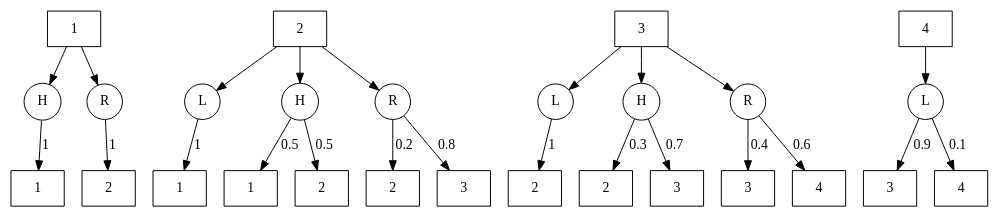
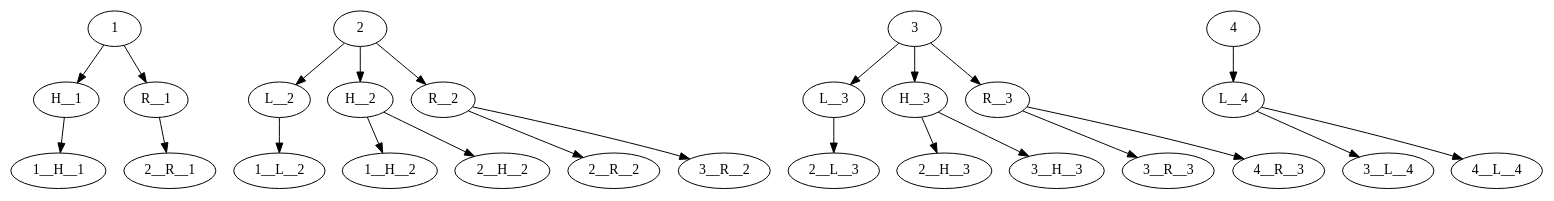
One commit to gladstoneai/POWERplay changed the diagram in mdps/stochastic_graph_4_states.gv. Above: the diagram before and after it, drawn with Graphviz. The commit also changed 13 other files, not shown here.

First line of the commit message:
Build pipeline from stochastic graph to transition tensor (#47)

```diff
--- a/mdps/stochastic_graph_4_states.gv
+++ b/mdps/stochastic_graph_4_states.gv
@@ -1,52 +1,52 @@
 strict digraph  {
-1 [label=1, shape=box];
-H__1 [label=H, shape=circle];
-"1__H__1" [label=1, shape=box];
-R__1 [label=R, shape=circle];
-"2__R__1" [label=2, shape=box];
-2 [label=2, shape=box];
-L__2 [label=L, shape=circle];
-"1__L__2" [label=1, shape=box];
-H__2 [label=H, shape=circle];
-"1__H__2" [label=1, shape=box];
-"2__H__2" [label=2, shape=box];
-R__2 [label=R, shape=circle];
-"2__R__2" [label=2, shape=box];
-"3__R__2" [label=3, shape=box];
-3 [label=3, shape=box];
-L__3 [label=L, shape=circle];
-"2__L__3" [label=2, shape=box];
-H__3 [label=H, shape=circle];
-"2__H__3" [label=2, shape=box];
-"3__H__3" [label=3, shape=box];
-R__3 [label=R, shape=circle];
-"3__R__3" [label=3, shape=box];
-"4__R__3" [label=4, shape=box];
-4 [label=4, shape=box];
-L__4 [label=L, shape=circle];
-"3__L__4" [label=3, shape=box];
-"4__L__4" [label=4, shape=box];
+1;
+H__1;
+"1__H__1";
+R__1;
+"2__R__1";
+2;
+L__2;
+"1__L__2";
+H__2;
+"1__H__2";
+"2__H__2";
+R__2;
+"2__R__2";
+"3__R__2";
+3;
+L__3;
+"2__L__3";
+H__3;
+"2__H__3";
+"3__H__3";
+R__3;
+"3__R__3";
+"4__R__3";
+4;
+L__4;
+"3__L__4";
+"4__L__4";
 1 -> H__1;
 1 -> R__1;
-H__1 -> "1__H__1"  [label=1];
-R__1 -> "2__R__1"  [label=1];
+H__1 -> "1__H__1"  [weight=1];
+R__1 -> "2__R__1"  [weight=1];
 2 -> L__2;
 2 -> H__2;
 2 -> R__2;
-L__2 -> "1__L__2"  [label=1];
-H__2 -> "1__H__2"  [label="0.5"];
-H__2 -> "2__H__2"  [label="0.5"];
-R__2 -> "2__R__2"  [label="0.2"];
-R__2 -> "3__R__2"  [label="0.8"];
+L__2 -> "1__L__2"  [weight=1];
+H__2 -> "1__H__2"  [weight="0.5"];
+H__2 -> "2__H__2"  [weight="0.5"];
+R__2 -> "2__R__2"  [weight="0.2"];
+R__2 -> "3__R__2"  [weight="0.8"];
 3 -> L__3;
 3 -> H__3;
 3 -> R__3;
-L__3 -> "2__L__3"  [label=1];
-H__3 -> "2__H__3"  [label="0.3"];
-H__3 -> "3__H__3"  [label="0.7"];
-R__3 -> "3__R__3"  [label="0.4"];
-R__3 -> "4__R__3"  [label="0.6"];
+L__3 -> "2__L__3"  [weight=1];
+H__3 -> "2__H__3"  [weight="0.3"];
+H__3 -> "3__H__3"  [weight="0.7"];
+R__3 -> "3__R__3"  [weight="0.4"];
+R__3 -> "4__R__3"  [weight="0.6"];
 4 -> L__4;
-L__4 -> "3__L__4"  [label="0.9"];
-L__4 -> "4__L__4"  [label="0.1"];
+L__4 -> "3__L__4"  [weight="0.9"];
+L__4 -> "4__L__4"  [weight="0.1"];
 }
```
